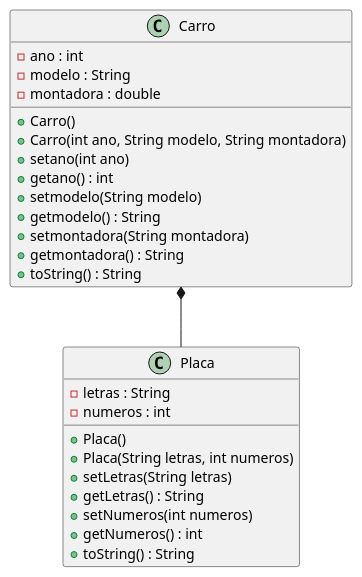
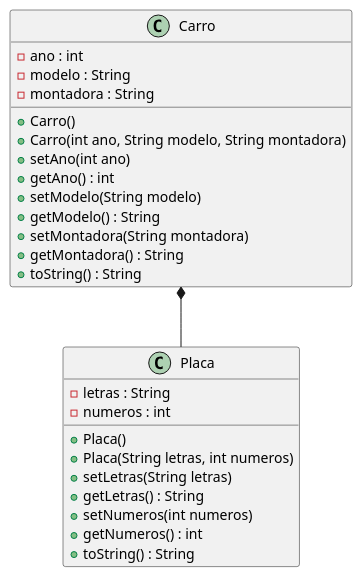
The diagram in src/aula9/uml/carro_placa.puml (leonardogoandete/PW-), drawn with PlantUML before and after one commit. The commit also changed 12 other files, not shown here.

```diff
--- a/src/aula9/uml/carro_placa.puml
+++ b/src/aula9/uml/carro_placa.puml
@@ -1,31 +1,31 @@
 @startuml
 Carro *-- Placa
 class Carro {
     - ano : int
     - modelo : String
-    - montadora : double
+    - montadora : String
 
     + Carro()
     + Carro(int ano, String modelo, String montadora)
-    + setano(int ano)
-    + getano() : int
-    + setmodelo(String modelo)
-    + getmodelo() : String
-    + setmontadora(String montadora)
-    + getmontadora() : String
+    + setAno(int ano)
+    + getAno() : int
+    + setModelo(String modelo)
+    + getModelo() : String
+    + setMontadora(String montadora)
+    + getMontadora() : String
     + toString() : String
 }
 
 class Placa{
     - letras : String
     - numeros : int
 
     + Placa()
     + Placa(String letras, int numeros)
     + setLetras(String letras)
     + getLetras() : String
     + setNumeros(int numeros)
     + getNumeros() : int
     + toString() : String
 }
 @enduml
```
